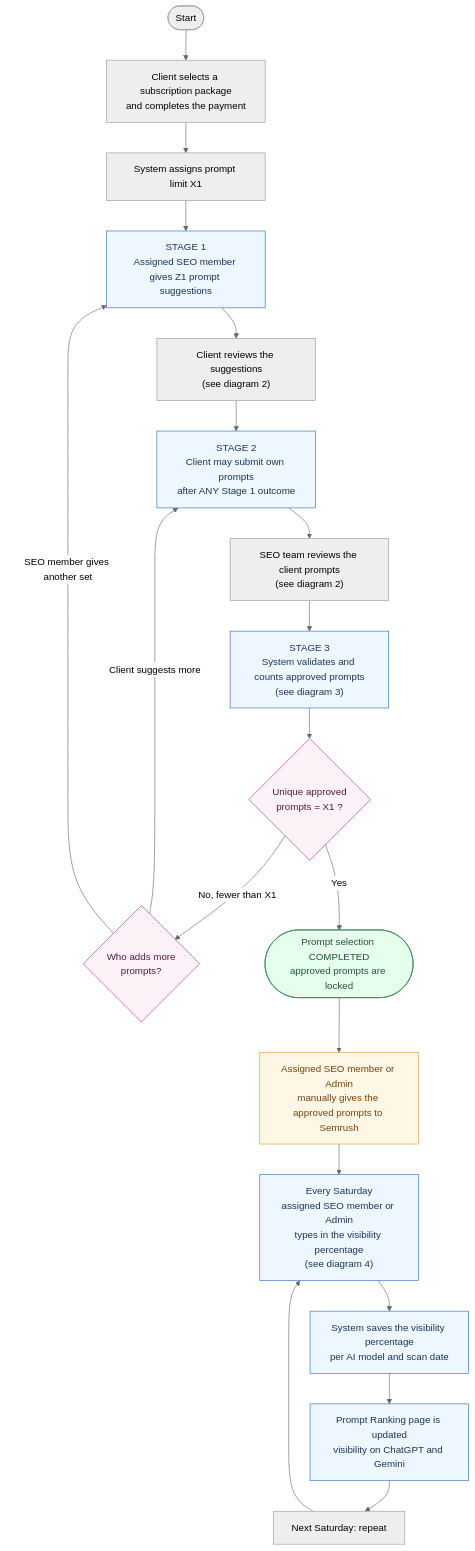
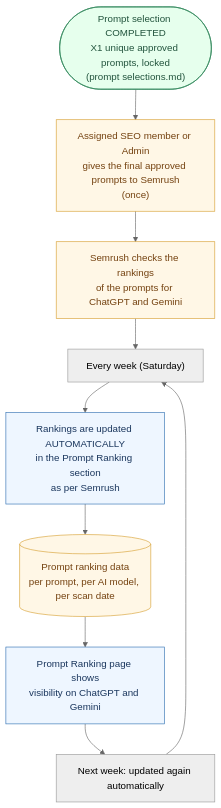
The first of 2 diagrams in demo/prompt ranking flow.md (RishabhRoy12/dais-documentation), drawn with Mermaid (neutral theme) before and after one commit. The commit also changed other lines of this file and 103 other files, not shown here.

````diff
--- a/demo/prompt ranking flow.md
+++ b/demo/prompt ranking flow.md
@@ -30,31 +27,20 @@
 ```mermaid
 flowchart TD
-    START([Start]) --> P1["Client selects a subscription package<br/>and completes the payment"]
-    P1 --> P2["System assigns prompt limit X1"]
-    P2 --> S1["STAGE 1<br/>Assigned SEO member gives Z1 prompt suggestions"]
-    S1 --> R1["Client reviews the suggestions<br/>(see diagram 2)"]
-    R1 --> S2["STAGE 2<br/>Client may submit own prompts<br/>after ANY Stage 1 outcome"]
-    S2 --> R2["SEO team reviews the client prompts<br/>(see diagram 2)"]
-    R2 --> S3["STAGE 3<br/>System validates and counts approved prompts<br/>(see diagram 3)"]
-    S3 --> Q{"Unique approved<br/>prompts = X1 ?"}
-    Q -->|"No, fewer than X1"| MORE{"Who adds more<br/>prompts?"}
-    MORE -->|"Client suggests more"| S2
-    MORE -->|"SEO member gives another set"| S1
-    Q -->|"Yes"| DONE(["Prompt selection COMPLETED<br/>approved prompts are locked"])
+    A(["Prompt selection COMPLETED<br/>X1 unique approved prompts, locked<br/>(prompt selections.md)"]) --> G["Assigned SEO member or Admin<br/>gives the final approved prompts to Semrush<br/>(once)"]
+    G --> S["Semrush checks the rankings<br/>of the prompts for ChatGPT and Gemini"]
+    S --> W["Every week (Saturday)"]
+    W --> U["Rankings are updated AUTOMATICALLY<br/>in the Prompt Ranking section<br/>as per Semrush"]
+    U --> D[("Prompt ranking data<br/>per prompt, per AI model, per scan date")]
+    D --> PG["Prompt Ranking page shows<br/>visibility on ChatGPT and Gemini"]
+    PG --> NEXT["Next week: updated again automatically"]
+    NEXT --> W
 
-    DONE --> GV["Assigned SEO member or Admin<br/>manually gives the approved prompts to Semrush"]
-    GV --> SAT["Every Saturday<br/>assigned SEO member or Admin<br/>types in the visibility percentage<br/>(see diagram 4)"]
-    SAT --> SAVE["System saves the visibility percentage<br/>per AI model and scan date"]
-    SAVE --> PG["Prompt Ranking page is updated<br/>visibility on ChatGPT and Gemini"]
-    PG --> NEXT["Next Saturday: repeat"]
-    NEXT --> SAT
-
+    classDef ext fill:#fff7e6,stroke:#d69e2e,color:#744210
+    classDef store fill:#fff7e6,stroke:#d69e2e,color:#744210
     classDef stage fill:#eef6ff,stroke:#2b6cb0,color:#1a365d
-    classDef decision fill:#fdf2f8,stroke:#b83280,color:#521b41
     classDef done fill:#e6ffed,stroke:#2f855a,color:#22543d
-    classDef ext fill:#fff7e6,stroke:#d69e2e,color:#744210
-    class S1,S2,S3,SAT,SAVE,PG stage
-    class Q,MORE decision
-    class DONE done
-    class GV ext
+    class G,S ext
+    class D store
+    class U,PG stage
+    class A done
 ```
````
